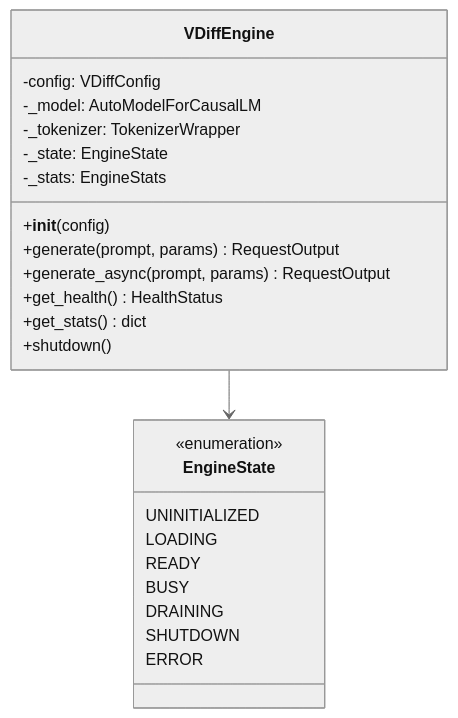
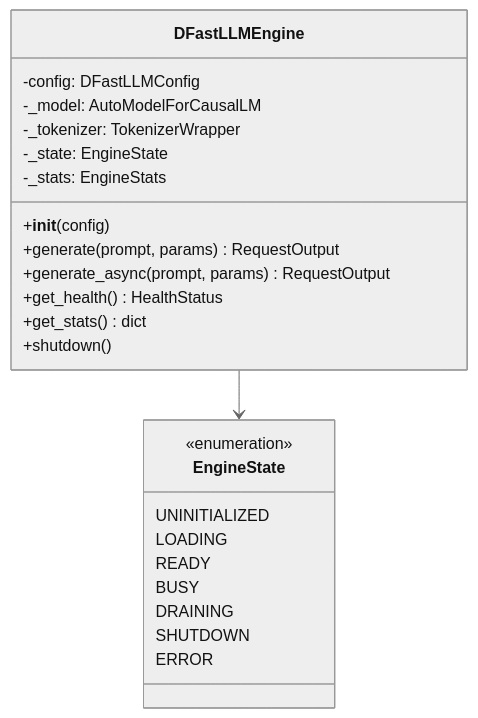
One commit to mwaykole/vdiff changed the sixth of 18 diagrams in docs/dev-doc/03-project-structure.md. Above: the diagram before and after it, drawn with Mermaid (neutral theme). The commit also changed other lines of this file and 53 other files, not shown here.

````diff
--- a/docs/dev-doc/03-project-structure.md
+++ b/docs/dev-doc/03-project-structure.md
@@ -245,30 +245,30 @@
 ```mermaid
 classDiagram
-    class VDiffEngine {
-        -config: VDiffConfig
+    class DFastLLMEngine {
+        -config: DFastLLMConfig
         -_model: AutoModelForCausalLM
         -_tokenizer: TokenizerWrapper
         -_state: EngineState
         -_stats: EngineStats
         
         +__init__(config)
         +generate(prompt, params) RequestOutput
         +generate_async(prompt, params) RequestOutput
         +get_health() HealthStatus
         +get_stats() dict
         +shutdown()
     }
     
     class EngineState {
         <<enumeration>>
         UNINITIALIZED
         LOADING
         READY
         BUSY
         DRAINING
         SHUTDOWN
         ERROR
     }
     
-    VDiffEngine --> EngineState
+    DFastLLMEngine --> EngineState
 ```
````
